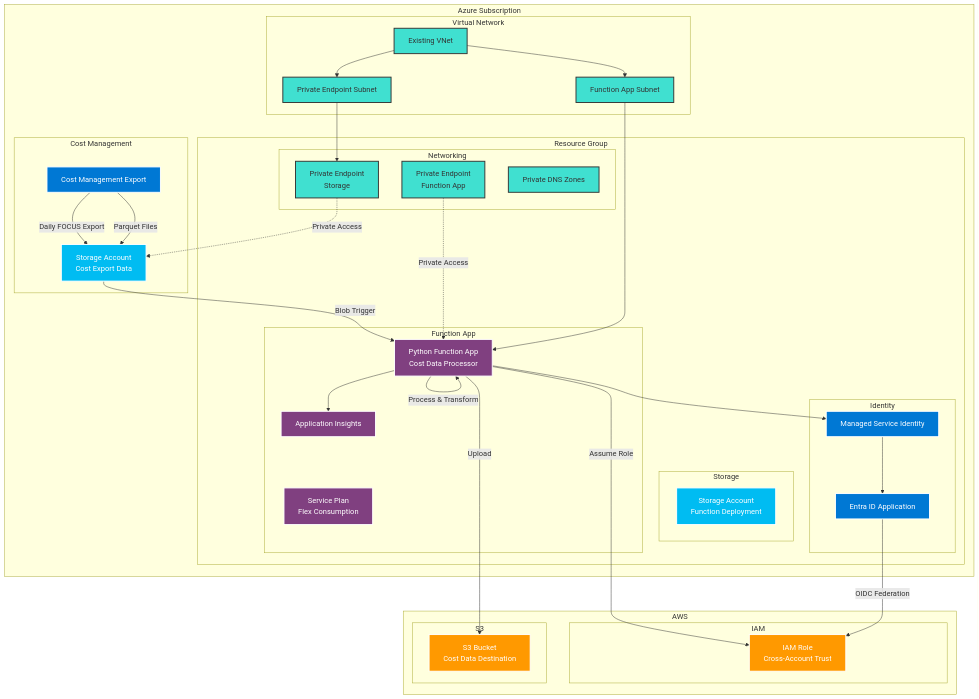
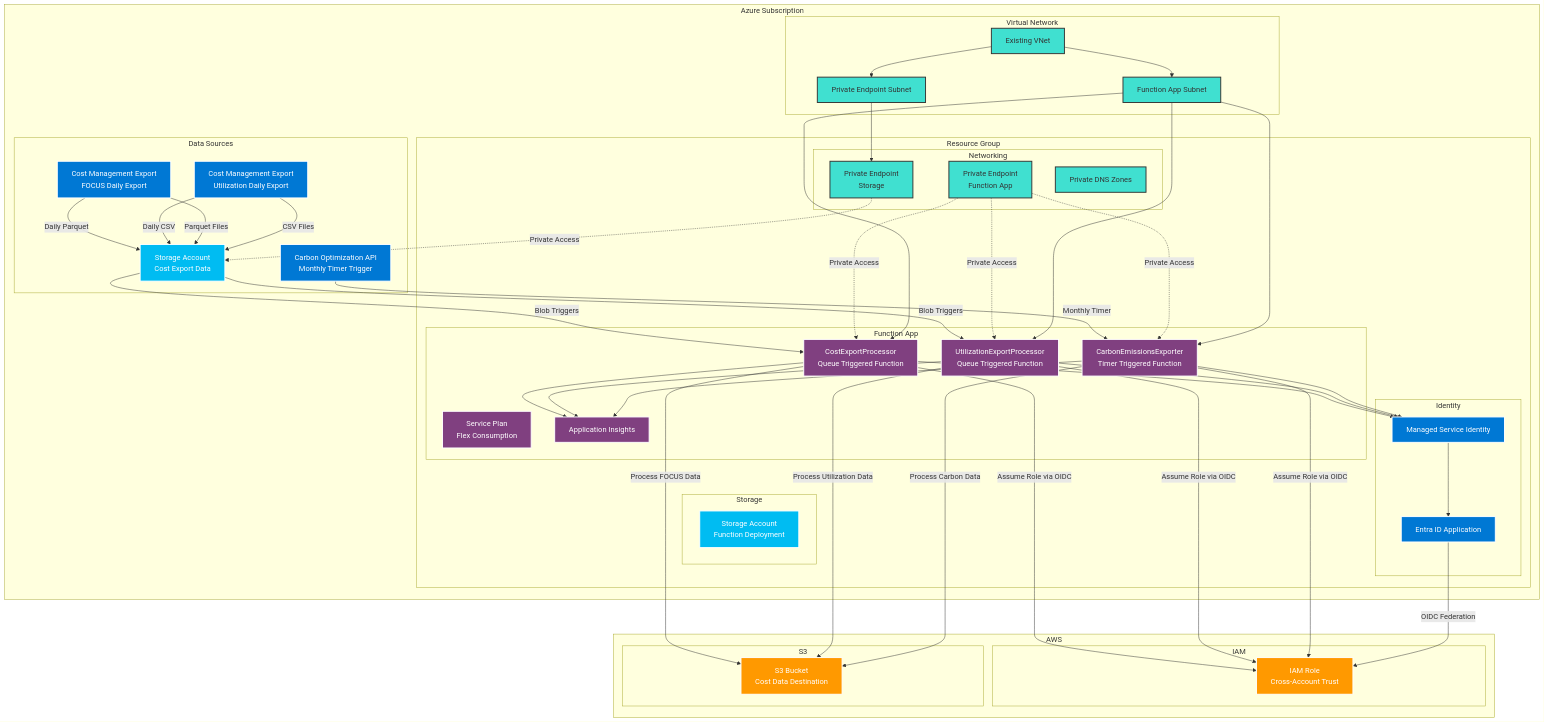
One commit to co-cddo/terraform-azure-focus changed the diagram in README.md. Above: the diagram before and after it, drawn with Mermaid. The commit also changed other lines of this file, not shown here.

````diff
--- a/README.md
+++ b/README.md
@@ -23,9 +27,12 @@
 ```mermaid
 graph TB
     subgraph "Azure Subscription"
-        subgraph "Cost Management"
-            CM[Cost Management Export]
-            CM -->|Daily FOCUS Export| SA1
+        subgraph "Data Sources"
+            CM1[Cost Management Export<br/>FOCUS Daily Export]
+            CM2[Cost Management Export<br/>Utilization Daily Export]
+            CM3[Carbon Optimization API<br/>Monthly Timer Trigger]
+            CM1 -->|Daily Parquet| SA1
+            CM2 -->|Daily CSV| SA1
         end
         
         subgraph "Resource Group"
@@ -35,7 +42,9 @@
             end
             
             subgraph "Function App"
-                FA[Python Function App<br/>Cost Data Processor]
+                FA1[CostExportProcessor<br/>Queue Triggered Function]
+                FA2[UtilizationExportProcessor<br/>Queue Triggered Function] 
+                FA3[CarbonEmissionsExporter<br/>Timer Triggered Function]
                 SP[Service Plan<br/>Flex Consumption]
                 AI[Application Insights]
             end
@@ -70,27 +79,41 @@
     end
     
     %% Data Flow
-    CM -->|Parquet Files| SA1
-    SA1 -->|Blob Trigger| FA
-    FA -->|Process & Transform| FA
-    FA -->|Assume Role| ROLE
-    FA -->|Upload| BUCKET
+    CM1 -->|Parquet Files| SA1
+    CM2 -->|CSV Files| SA1  
+    SA1 -->|Blob Triggers| FA1
+    SA1 -->|Blob Triggers| FA2
+    CM3 -->|Monthly Timer| FA3
+    FA1 -->|Process FOCUS Data| BUCKET
+    FA2 -->|Process Utilization Data| BUCKET
+    FA3 -->|Process Carbon Data| BUCKET
+    FA1 -->|Assume Role via OIDC| ROLE
+    FA2 -->|Assume Role via OIDC| ROLE
+    FA3 -->|Assume Role via OIDC| ROLE
     
     %% Networking
     PE1 -.->|Private Access| SA1
-    PE2 -.->|Private Access| FA
+    PE2 -.->|Private Access| FA1
+    PE2 -.->|Private Access| FA2
+    PE2 -.->|Private Access| FA3
     VNET --> SUBNET1
     VNET --> SUBNET2
     SUBNET1 --> PE1
-    SUBNET2 --> FA
+    SUBNET2 --> FA1
+    SUBNET2 --> FA2 
+    SUBNET2 --> FA3
     
     %% Identity & Access
     MSI --> EA
     EA -->|OIDC Federation| ROLE
-    FA --> MSI
+    FA1 --> MSI
+    FA2 --> MSI
+    FA3 --> MSI
     
     %% Monitoring
-    FA --> AI
+    FA1 --> AI
+    FA2 --> AI
+    FA3 --> AI
     
     %% Styling
     classDef azure fill:#0078d4,stroke:#ffffff,stroke-width:2px,color:#ffffff
@@ -99,9 +122,9 @@
     classDef compute fill:#804080,stroke:#ffffff,stroke-width:2px,color:#ffffff
     classDef network fill:#40e0d0,stroke:#333,stroke-width:2px
     
-    class CM,MSI,EA azure
+    class CM1,CM2,CM3,MSI,EA azure
     class ROLE,BUCKET aws
     class SA1,SA2 storage
-    class FA,SP,AI compute
+    class FA1,FA2,FA3,SP,AI compute
     class PE1,PE2,DNS,VNET,SUBNET1,SUBNET2 network
 ```
````
